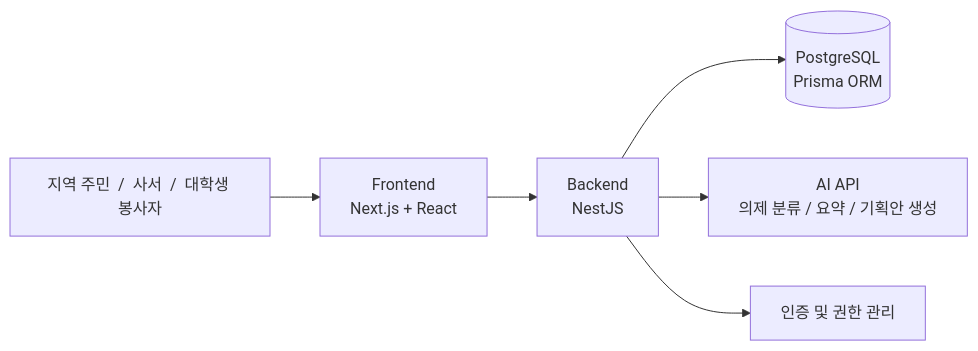
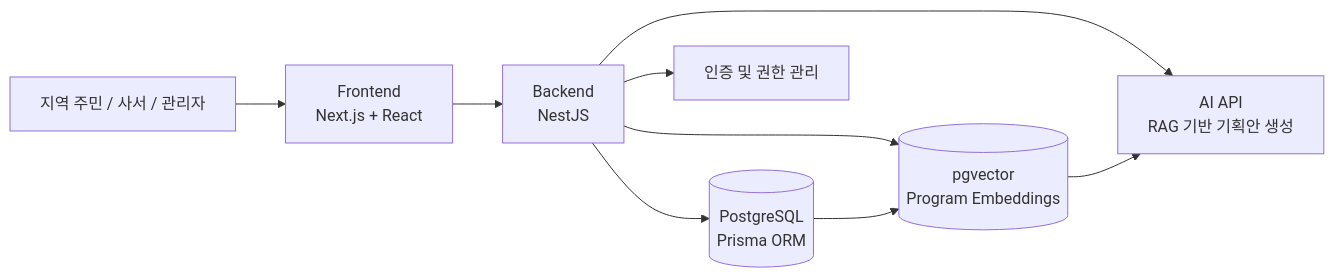
The first of 2 diagrams in README.md (PNU-2026-AI-Hackathon/pnuai-a-02-potg), drawn with Mermaid before and after one commit. The commit also changed other lines of this file, not shown here.

````diff
--- a/README.md
+++ b/README.md
@@ -147,8 +145,12 @@
 ```mermaid
 flowchart LR
-    User[지역 주민  /  사서  /  대학생 봉사자] --> Frontend[Frontend<br/>Next.js + React]
+    User[지역 주민 / 사서 / 관리자] --> Frontend[Frontend<br/>Next.js + React]
     Frontend --> Backend[Backend<br/>NestJS]
     Backend --> DB[(PostgreSQL<br/>Prisma ORM)]
-    Backend --> AI[AI API<br/>의제 분류  /  요약  /  기획안 생성]
+    Backend --> VectorDB[(pgvector<br/>Program Embeddings)]
+    Backend --> AI[AI API<br/>RAG 기반 기획안 생성]
     Backend --> Auth[인증 및 권한 관리]
+
+    DB --> VectorDB
+    VectorDB --> AI
 ```
````
